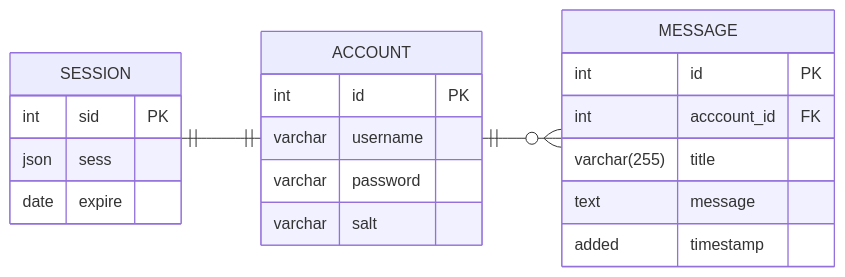
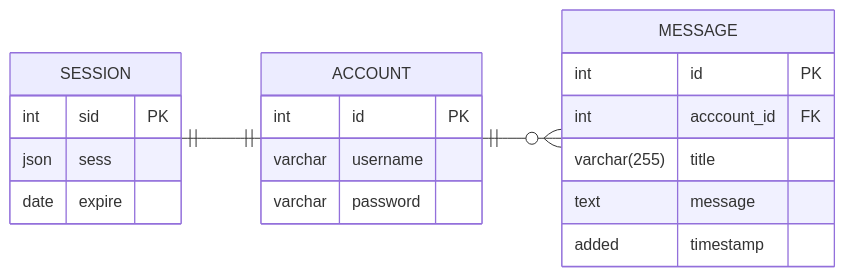
One commit to ernestviola/members-only changed the third of 3 diagrams in README.md. Above: the diagram before and after it, drawn with Mermaid. The commit also changed 8 other files, not shown here.

````diff
--- a/README.md
+++ b/README.md
@@ -57,27 +57,26 @@
 ```mermaid
 erDiagram
   direction LR
   ACCOUNT ||--o{MESSAGE : ""
   SESSION ||--||ACCOUNT : ""
 
   ACCOUNT {
     int id PK
     varchar username
     varchar password
-    varchar salt
   }
 
   SESSION {
     int sid PK
     json sess
     date expire
   }
 
   MESSAGE {
     int id PK
     int acccount_id FK
     varchar(255) title
     text message
     added timestamp
   }
 ```
````
